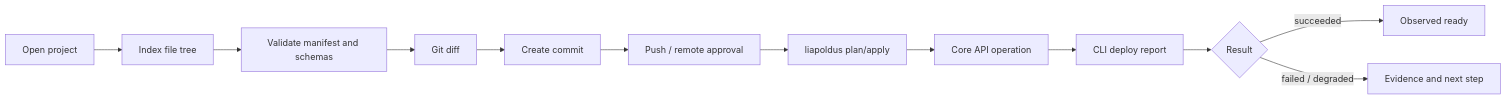
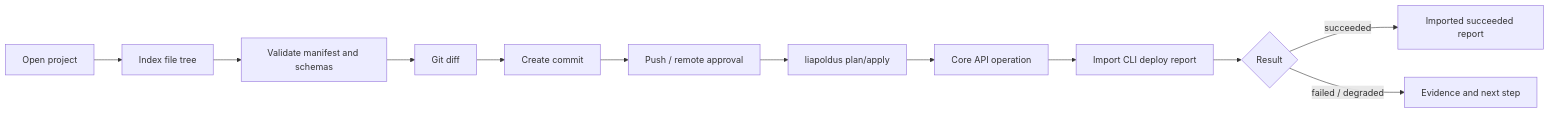
Before and after one commit to Liapoldus/studio: the diagram in docs/diagrams/studio-change-lifecycle.mmd, drawn with Mermaid. The commit also changed 2 other files, not shown here.

```diff
--- a/docs/diagrams/studio-change-lifecycle.mmd
+++ b/docs/diagrams/studio-change-lifecycle.mmd
@@ -1,12 +1,12 @@
 flowchart LR
     A["Open project"] --> B["Index file tree"]
     B --> C["Validate manifest and schemas"]
     C --> D["Git diff"]
     D --> E["Create commit"]
     E --> F["Push / remote approval"]
     F --> G["liapoldus plan/apply"]
     G --> H["Core API operation"]
-    H --> I["CLI deploy report"]
+    H --> I["Import CLI deploy report"]
     I --> J{"Result"}
-    J -->|"succeeded"| K["Observed ready"]
+    J -->|"succeeded"| K["Imported succeeded report"]
     J -->|"failed / degraded"| L["Evidence and next step"]
```
